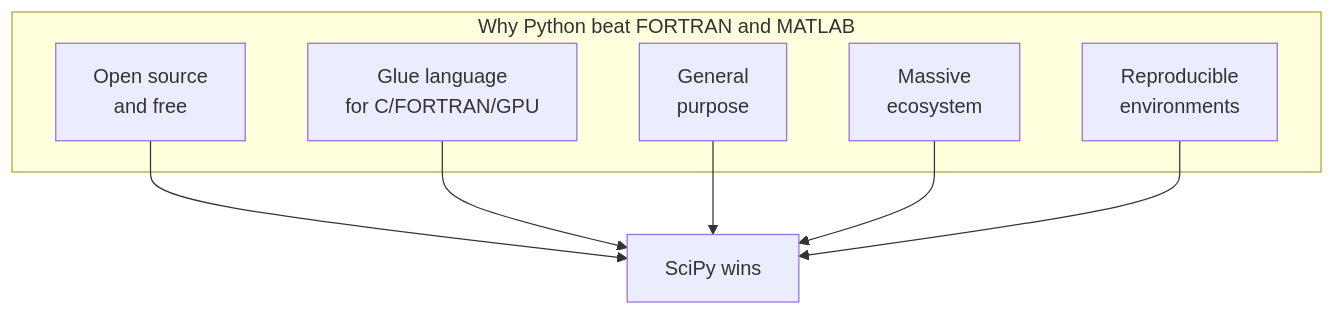
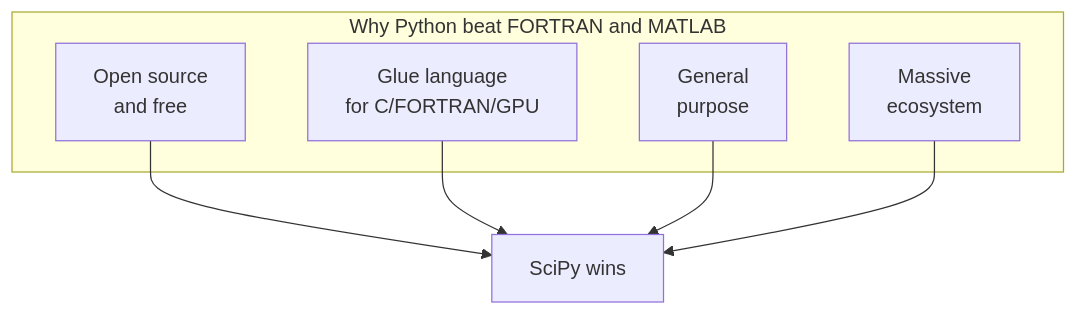
One commit to dataslope/dataslope changed the diagram in content/learn/scientific-computing-python/python-in-science.mdx. Above: the diagram before and after it, drawn with Mermaid. The commit also changed other lines of this file and 12 other files, not shown here.

````diff
--- a/content/learn/scientific-computing-python/python-in-science.mdx
+++ b/content/learn/scientific-computing-python/python-in-science.mdx
@@ -121,15 +166,13 @@
 ```mermaid
 flowchart TB
     subgraph "Why Python beat FORTRAN and MATLAB"
         OPEN[Open source<br/>and free]
         GLUE[Glue language<br/>for C/FORTRAN/GPU]
         GP[General<br/>purpose]
         ECO[Massive<br/>ecosystem]
-        REP[Reproducible<br/>environments]
     end
     OPEN --> WIN[SciPy wins]
     GLUE --> WIN
     GP --> WIN
     ECO --> WIN
-    REP --> WIN
 ```
````
